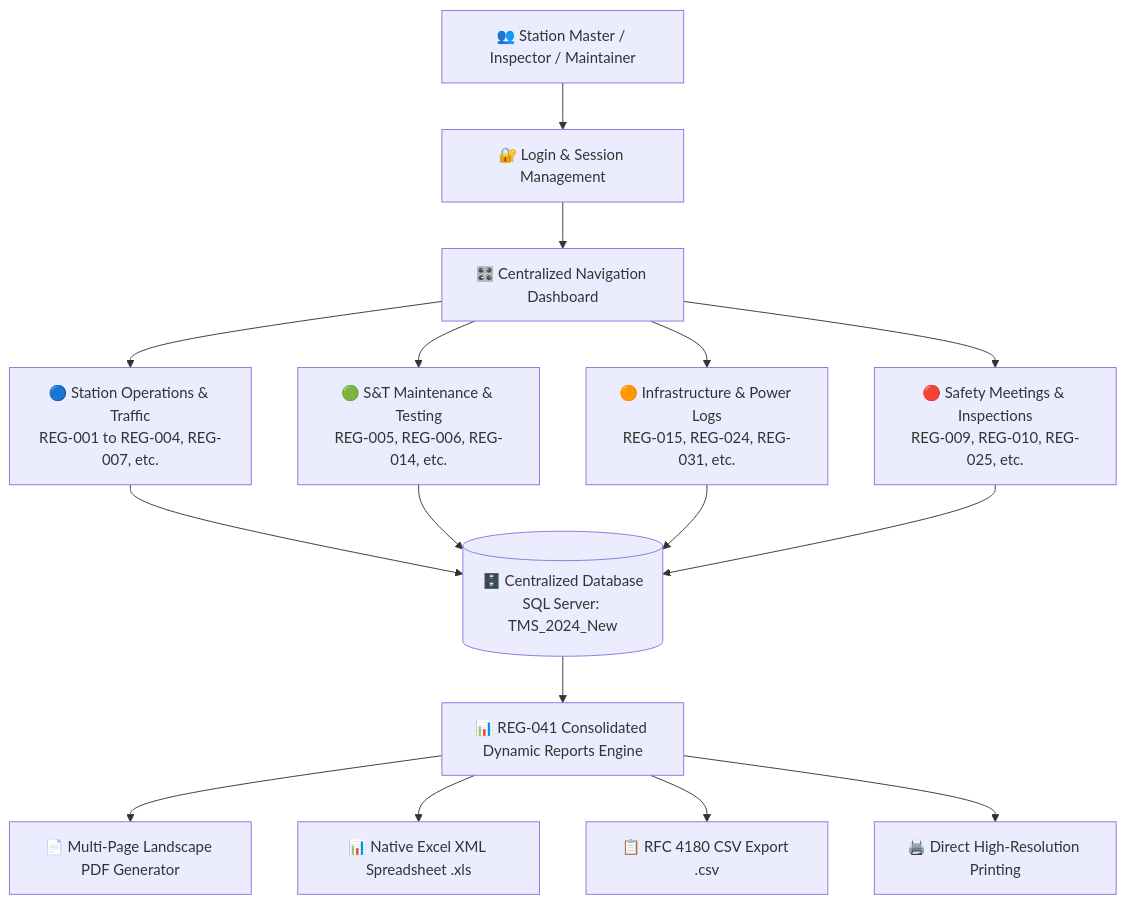
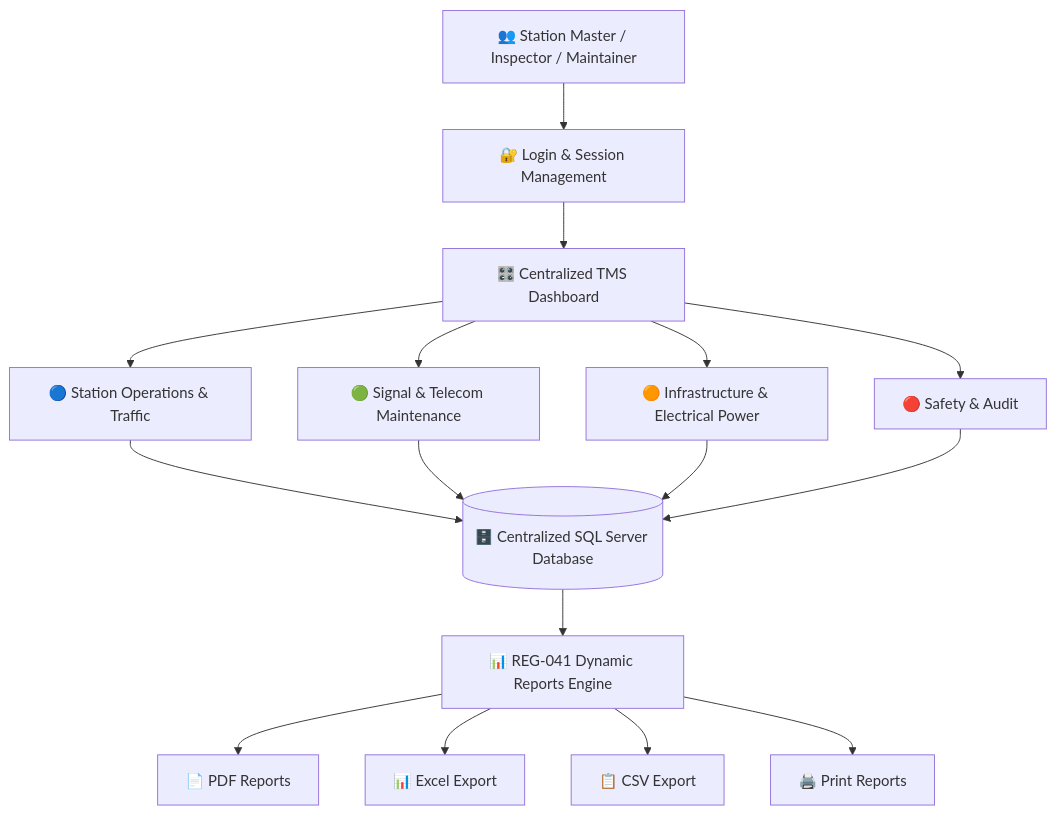
Before and after one commit to VamshiKrishnaSiribommala/Mern_workshop: the first of 2 diagrams in README.md, drawn with Mermaid. The commit also changed other lines of this file, not shown here.

````diff
--- a/README.md
+++ b/README.md
@@ -96,19 +121,25 @@
 ```mermaid
-graph TD
-    A[👥 Station Master / Inspector / Maintainer] --> B[🔐 Login & Session Management]
-    B --> C[🎛️ Centralized Navigation Dashboard]
-    
-    C --> D1[🔵 Station Operations & Traffic\nREG-001 to REG-004, REG-007, etc.]
-    C --> D2[🟢 S&T Maintenance & Testing\nREG-005, REG-006, REG-014, etc.]
-    C --> D3[🟠 Infrastructure & Power Logs\nREG-015, REG-024, REG-031, etc.]
-    C --> D4[🔴 Safety Meetings & Inspections\nREG-009, REG-010, REG-025, etc.]
-    
-    D1 & D2 & D3 & D4 --> E[(🗄️ Centralized Database\nSQL Server: TMS_2024_New)]
-    
-    E --> F[📊 REG-041 Consolidated Dynamic Reports Engine]
-    
-    F --> G1[📄 Multi-Page Landscape PDF Generator]
-    F --> G2[📊 Native Excel XML Spreadsheet .xls]
-    F --> G3[📋 RFC 4180 CSV Export .csv]
-    F --> G4[🖨️ Direct High-Resolution Printing]
+flowchart TD
+
+    A[👥 Station Master / Inspector / Maintainer]
+    A --> B[🔐 Login & Session Management]
+
+    B --> C[🎛️ Centralized TMS Dashboard]
+
+    C --> D1[🔵 Station Operations & Traffic]
+    C --> D2[🟢 Signal & Telecom Maintenance]
+    C --> D3[🟠 Infrastructure & Electrical Power]
+    C --> D4[🔴 Safety & Audit]
+
+    D1 --> E[(🗄️ Centralized SQL Server Database)]
+    D2 --> E
+    D3 --> E
+    D4 --> E
+
+    E --> F[📊 REG-041 Dynamic Reports Engine]
+
+    F --> G1[📄 PDF Reports]
+    F --> G2[📊 Excel Export]
+    F --> G3[📋 CSV Export]
+    F --> G4[🖨️ Print Reports]
 ```
````
